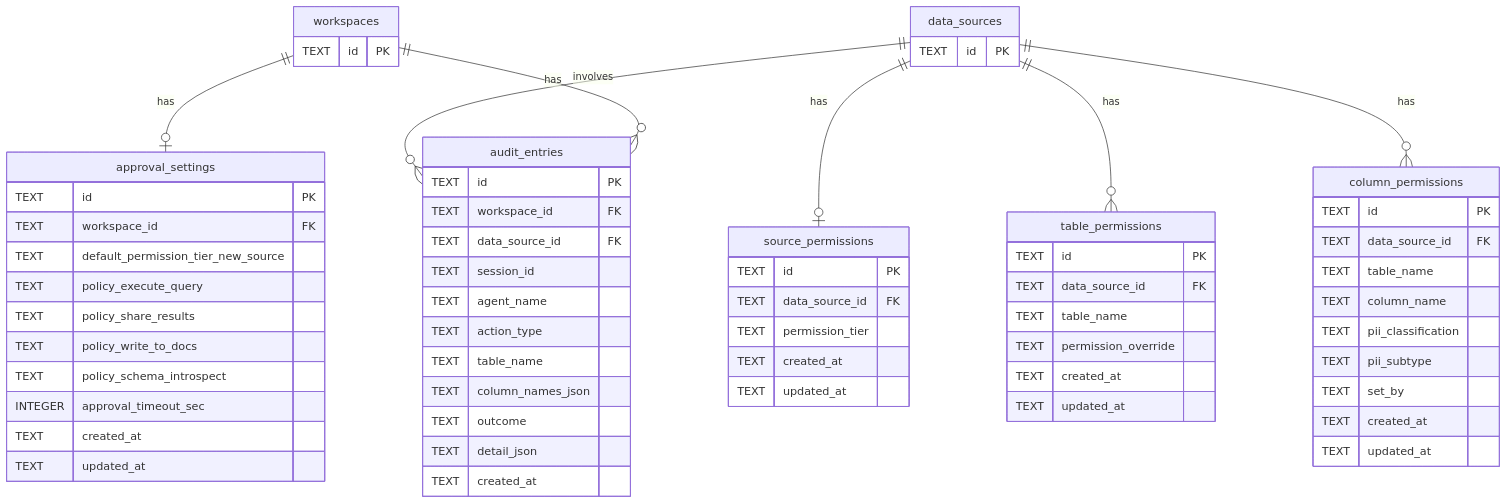
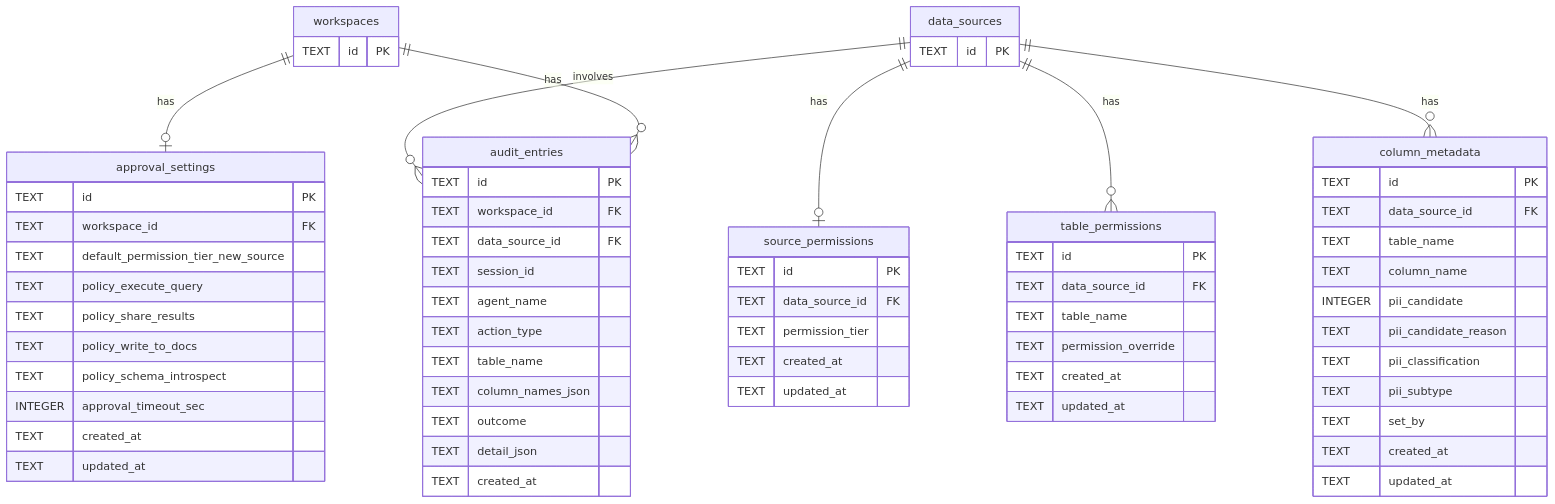
One commit to cichobuc/AIBIo changed the fifth of 9 diagrams in docs/DATABASE_SCHEMA.md. Above: the diagram before and after it, drawn with Mermaid. The commit also changed other lines of this file and 30 other files, not shown here.

First line of the commit message:
refactor: unify PII metadata, fold Permissions into Settings + Schema tree

````diff
--- a/docs/DATABASE_SCHEMA.md
+++ b/docs/DATABASE_SCHEMA.md
@@ -399,73 +397,75 @@
 ```mermaid
 erDiagram
     workspaces {
         TEXT id PK
     }
 
     data_sources {
         TEXT id PK
     }
 
     source_permissions {
         TEXT id PK
         TEXT data_source_id FK
         TEXT permission_tier
         TEXT created_at
         TEXT updated_at
     }
 
     table_permissions {
         TEXT id PK
         TEXT data_source_id FK
         TEXT table_name
         TEXT permission_override
         TEXT created_at
         TEXT updated_at
     }
 
-    column_permissions {
+    column_metadata {
         TEXT id PK
         TEXT data_source_id FK
         TEXT table_name
         TEXT column_name
+        INTEGER pii_candidate
+        TEXT pii_candidate_reason
         TEXT pii_classification
         TEXT pii_subtype
         TEXT set_by
         TEXT created_at
         TEXT updated_at
     }
 
     approval_settings {
         TEXT id PK
         TEXT workspace_id FK
         TEXT default_permission_tier_new_source
         TEXT policy_execute_query
         TEXT policy_share_results
         TEXT policy_write_to_docs
         TEXT policy_schema_introspect
         INTEGER approval_timeout_sec
         TEXT created_at
         TEXT updated_at
     }
 
     audit_entries {
         TEXT id PK
         TEXT workspace_id FK
         TEXT data_source_id FK
         TEXT session_id
         TEXT agent_name
         TEXT action_type
         TEXT table_name
         TEXT column_names_json
         TEXT outcome
         TEXT detail_json
         TEXT created_at
     }
 
     data_sources ||--o| source_permissions : "has"
     data_sources ||--o{ table_permissions : "has"
-    data_sources ||--o{ column_permissions : "has"
+    data_sources ||--o{ column_metadata : "has"
     data_sources ||--o{ audit_entries : "involves"
     workspaces ||--o| approval_settings : "has"
     workspaces ||--o{ audit_entries : "has"
 ```
````
